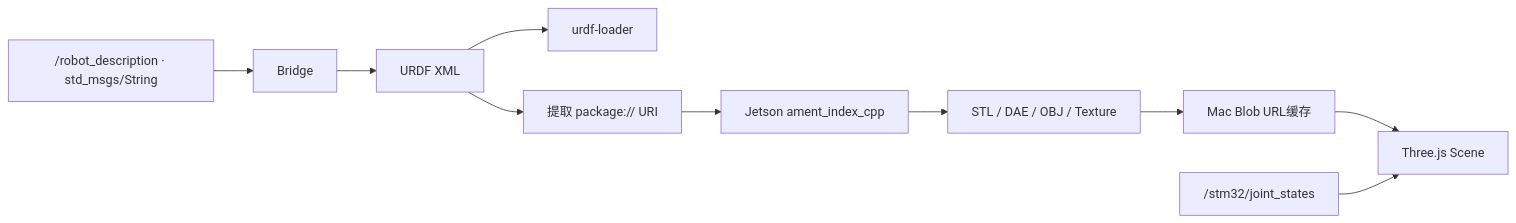
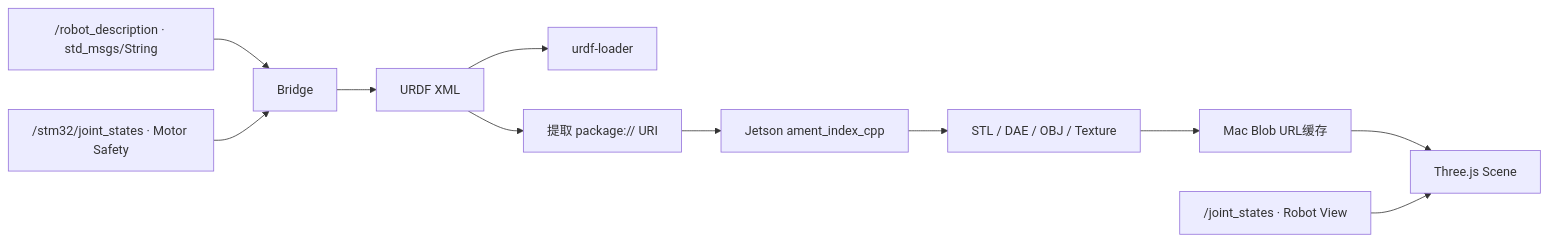
Before and after one commit to phamstered/rebotarm-debug-desk: the third of 4 diagrams in docs/obsidian/Easy Debug 上位机架构.md, drawn with Mermaid. The commit also changed other lines of this file and 28 other files, not shown here.

````diff
--- a/docs/obsidian/Easy Debug 上位机架构.md
+++ b/docs/obsidian/Easy Debug 上位机架构.md
@@ -142,12 +147,13 @@
 ```mermaid
 flowchart LR
     DESCRIPTION["/robot_description · std_msgs/String"] --> BRIDGE["Bridge"]
     BRIDGE --> XML["URDF XML"]
     XML --> PARSER["urdf-loader"]
     XML --> URI["提取 package:// URI"]
     URI --> AMENT["Jetson ament_index_cpp"]
     AMENT --> ASSET["STL / DAE / OBJ / Texture"]
     ASSET --> BLOB["Mac Blob URL缓存"]
     BLOB --> THREE["Three.js Scene"]
-    JOINTS["/stm32/joint_states"] --> THREE
+    VIEW_JOINTS["/joint_states · Robot View"] --> THREE
+    MOTOR_JOINTS["/stm32/joint_states · Motor Safety"] --> BRIDGE
 ```
````
